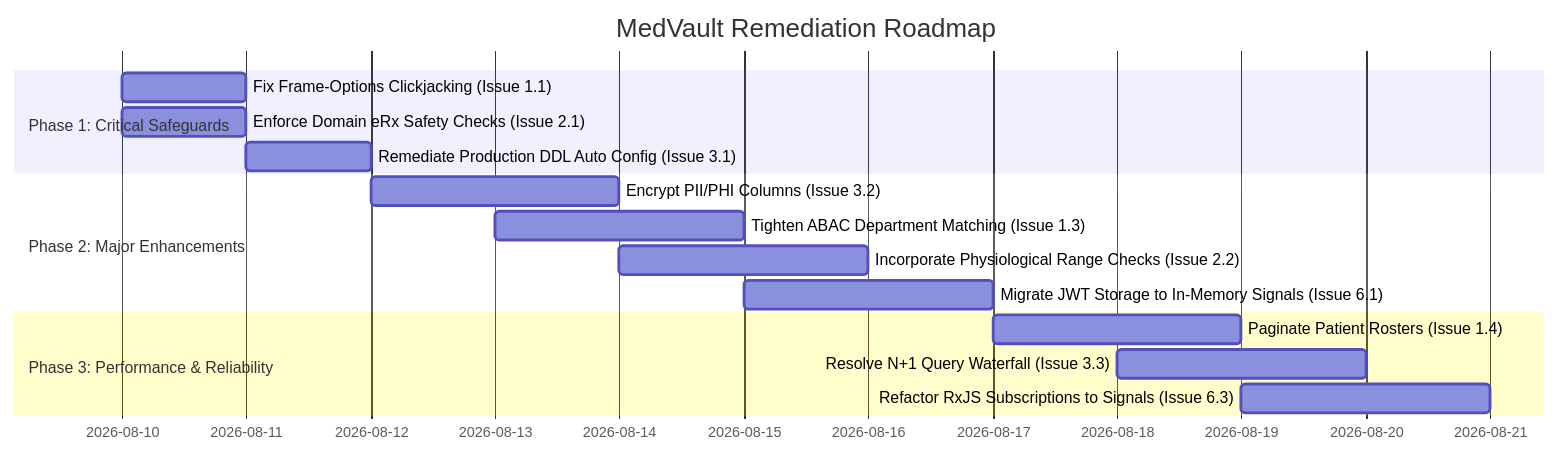
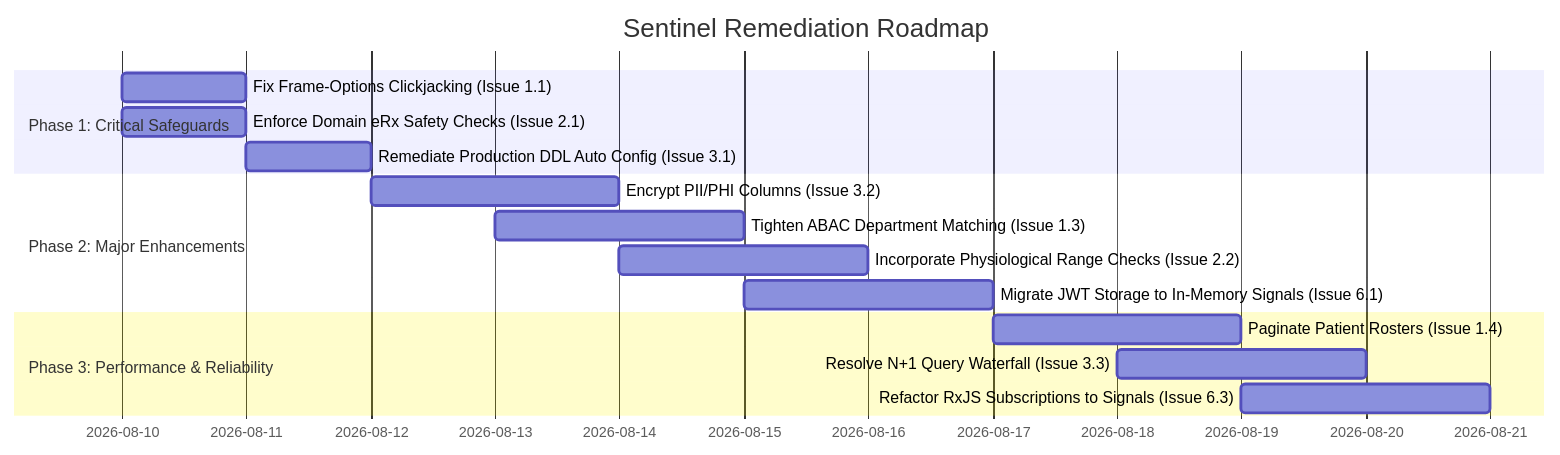
One commit to kamranxdev/Sentinel-EHR changed the diagram in docs/audit/software-audit-report.md. Above: the diagram before and after it, drawn with Mermaid. The commit also changed other lines of this file and 328 other files, not shown here.

````diff
--- a/docs/audit/software-audit-report.md
+++ b/docs/audit/software-audit-report.md
@@ -295,20 +295,20 @@
 ```mermaid
 gantt
-    title MedVault Remediation Roadmap
+    title Sentinel Remediation Roadmap
     dateFormat  YYYY-MM-DD
     section Phase 1: Critical Safeguards
     Fix Frame-Options Clickjacking (Issue 1.1)       :p1_1, 2026-08-10, 1d
     Enforce Domain eRx Safety Checks (Issue 2.1)    :p1_2, 2026-08-10, 1d
     Remediate Production DDL Auto Config (Issue 3.1):p1_3, 2026-08-11, 1d
 
     section Phase 2: Major Enhancements
     Encrypt PII/PHI Columns (Issue 3.2)             :p2_1, 2026-08-12, 2d
     Tighten ABAC Department Matching (Issue 1.3)    :p2_2, 2026-08-13, 2d
     Incorporate Physiological Range Checks (Issue 2.2):p2_3, 2026-08-14, 2d
     Migrate JWT Storage to In-Memory Signals (Issue 6.1):p2_4, 2026-08-15, 2d
 
     section Phase 3: Performance & Reliability
     Paginate Patient Rosters (Issue 1.4)            :p3_1, 2026-08-17, 2d
     Resolve N+1 Query Waterfall (Issue 3.3)         :p3_2, 2026-08-18, 2d
     Refactor RxJS Subscriptions to Signals (Issue 6.3):p3_3, 2026-08-19, 2d
 ```
````
